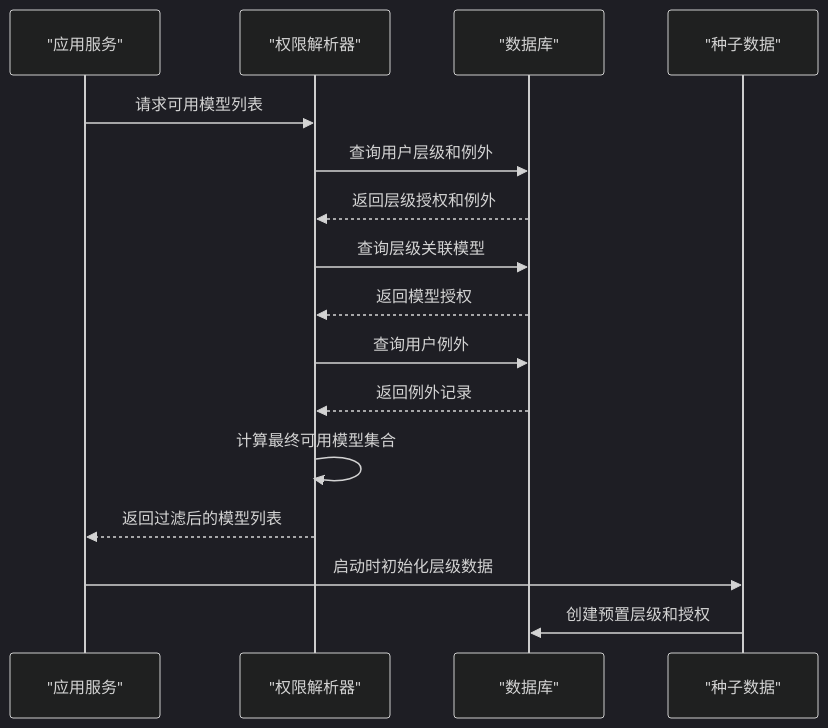
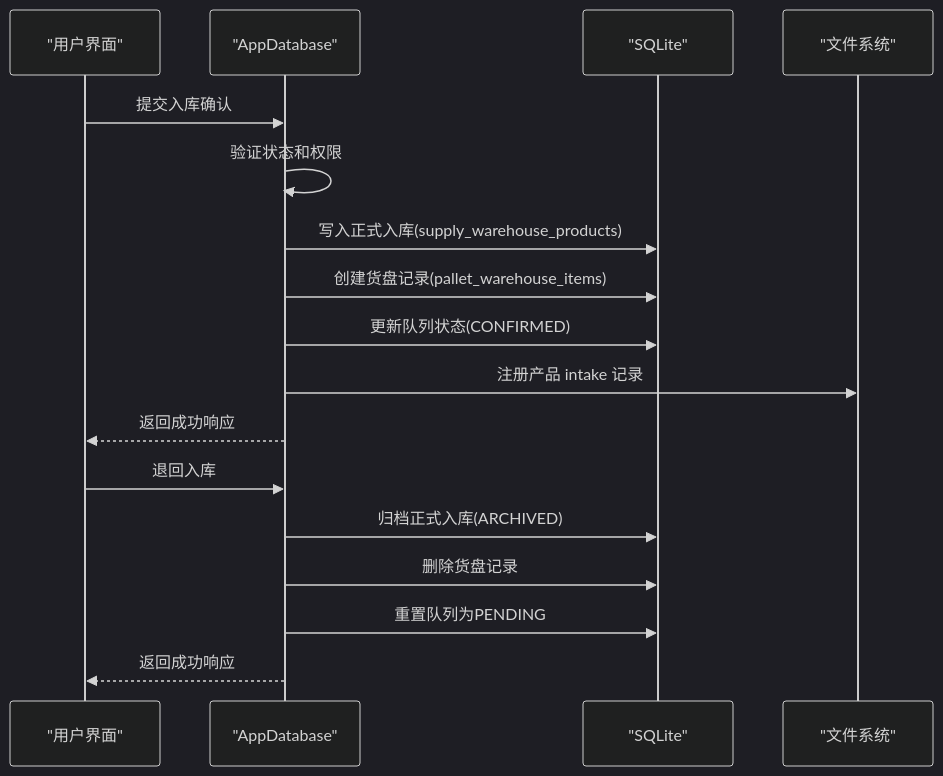
One commit to iljahofbauer219-lang/yandu changed the second of 5 diagrams in .qoder/repowiki/zh/content/数据模型/数据库模式设计.md. Above: the diagram before and after it, drawn with Mermaid (dark theme). The commit also changed other lines of this file and 153 other files, not shown here.

````diff
--- a/.qoder/repowiki/zh/content/数据模型/数据库模式设计.md
+++ b/.qoder/repowiki/zh/content/数据模型/数据库模式设计.md
@@ -88,18 +86,19 @@
 ```mermaid
 sequenceDiagram
-participant App as "应用服务"
-participant Resolver as "权限解析器"
-participant DB as "数据库"
-participant Seed as "种子数据"
-App->>Resolver : 请求可用模型列表
-Resolver->>DB : 查询用户层级和例外
-DB-->>Resolver : 返回层级授权和例外
-Resolver->>DB : 查询层级关联模型
-DB-->>Resolver : 返回模型授权
-Resolver->>DB : 查询用户例外
-DB-->>Resolver : 返回例外记录
-Resolver->>Resolver : 计算最终可用模型集合
-Resolver-->>App : 返回过滤后的模型列表
-App->>Seed : 启动时初始化层级数据
-Seed->>DB : 创建预置层级和授权
+participant UI as "用户界面"
+participant DB as "AppDatabase"
+participant SQLite as "SQLite"
+participant FS as "文件系统"
+UI->>DB : 提交入库确认
+DB->>DB : 验证状态和权限
+DB->>SQLite : 写入正式入库(supply_warehouse_products)
+DB->>SQLite : 创建货盘记录(pallet_warehouse_items)
+DB->>SQLite : 更新队列状态(CONFIRMED)
+DB->>FS : 注册产品 intake 记录
+DB-->>UI : 返回成功响应
+UI->>DB : 退回入库
+DB->>SQLite : 归档正式入库(ARCHIVED)
+DB->>SQLite : 删除货盘记录
+DB->>SQLite : 重置队列为PENDING
+DB-->>UI : 返回成功响应
 ```
````
